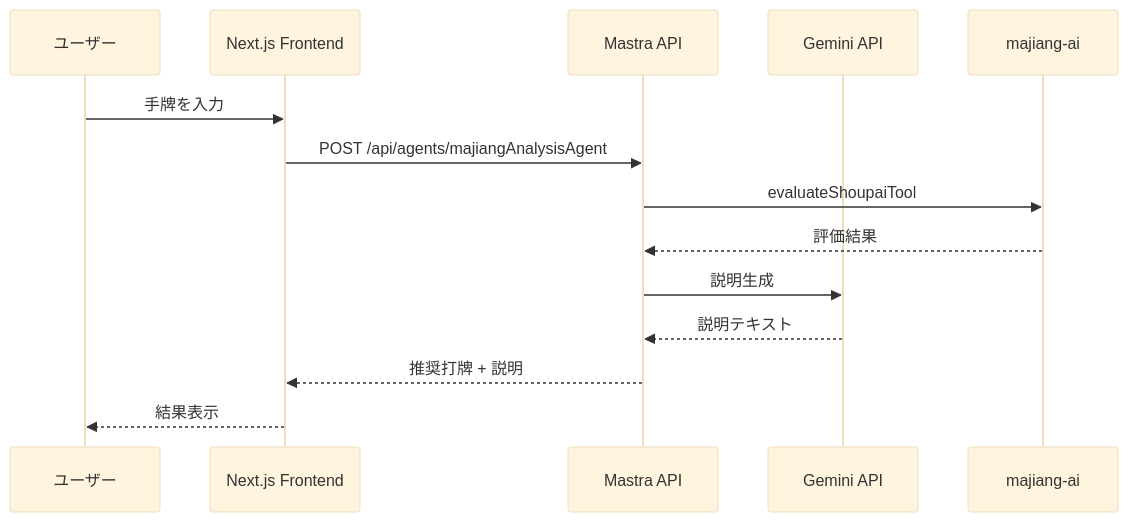
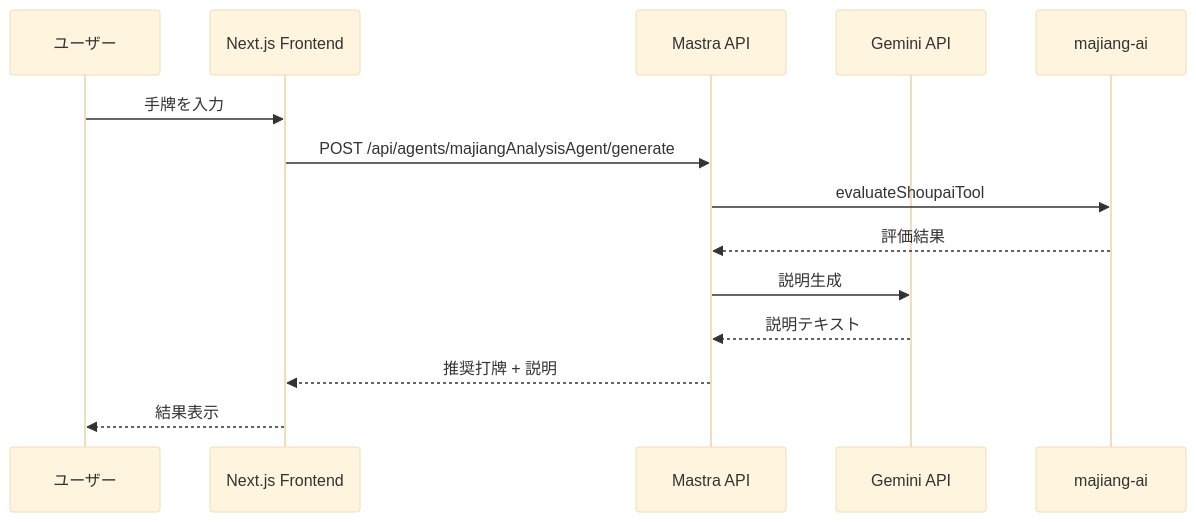
The second of 3 diagrams in ARCHITECTURE.md (kazuki1023/majiang-ai-beta), drawn with Mermaid (base theme) before and after one commit. The commit also changed other lines of this file, not shown here.

````diff
--- a/ARCHITECTURE.md
+++ b/ARCHITECTURE.md
@@ -176,17 +176,17 @@
 ```mermaid
 sequenceDiagram
     participant User as ユーザー
     participant UI as Next.js Frontend
     participant API as Mastra API
     participant Gemini as Gemini API
     participant Lib as majiang-ai
 
     User->>UI: 手牌を入力
-    UI->>API: POST /api/agents/majiangAnalysisAgent
+    UI->>API: POST /api/agents/majiangAnalysisAgent/generate
     API->>Lib: evaluateShoupaiTool
     Lib-->>API: 評価結果
     API->>Gemini: 説明生成
     Gemini-->>API: 説明テキスト
     API-->>UI: 推奨打牌 + 説明
     UI-->>User: 結果表示
 ```
````
